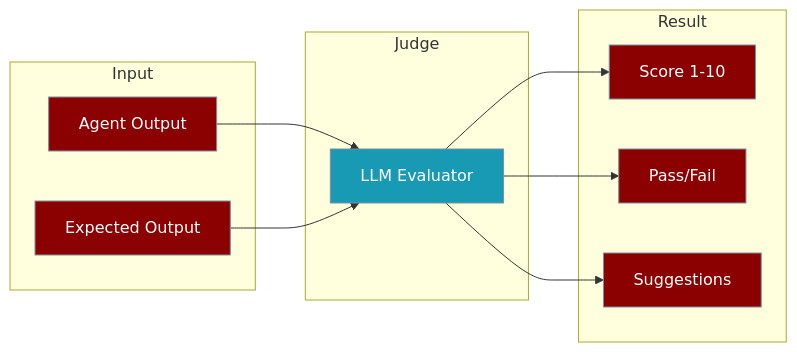
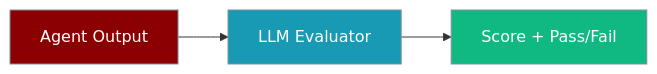
One commit to MervinPraison/PraisonAIDocs changed the first of 3 diagrams in docs/features/llm-as-judge.mdx. Above: the diagram before and after it, drawn with Mermaid. The commit also changed other lines of this file and 9 other files, not shown here.

````diff
--- a/docs/features/llm-as-judge.mdx
+++ b/docs/features/llm-as-judge.mdx
@@ -21,28 +21,12 @@
 ```mermaid
-flowchart LR
-    subgraph Input
-        A[Agent Output]
-        B[Expected Output]
-    end
-    
-    subgraph Judge
-        C[LLM Evaluator]
-    end
-    
-    subgraph Result
-        D[Score 1-10]
-        E[Pass/Fail]
-        F[Suggestions]
-    end
-    
-    A --> C
-    B --> C
-    C --> D
-    C --> E
-    C --> F
+graph LR
+    Output[Agent Output] --> Judge[LLM Evaluator]
+    Judge --> Score[Score + Pass/Fail]
 
-    classDef agent fill:#8B0000,stroke:#7C90A0,color:#fff
-    classDef tool fill:#189AB4,stroke:#7C90A0,color:#fff
-    class A,B,D,E,F agent
-    class C tool
+    classDef input fill:#8B0000,stroke:#7C90A0,color:#fff
+    classDef process fill:#189AB4,stroke:#7C90A0,color:#fff
+    classDef output fill:#10B981,stroke:#7C90A0,color:#fff
+    class Output input
+    class Judge process
+    class Score output
 ```
````
